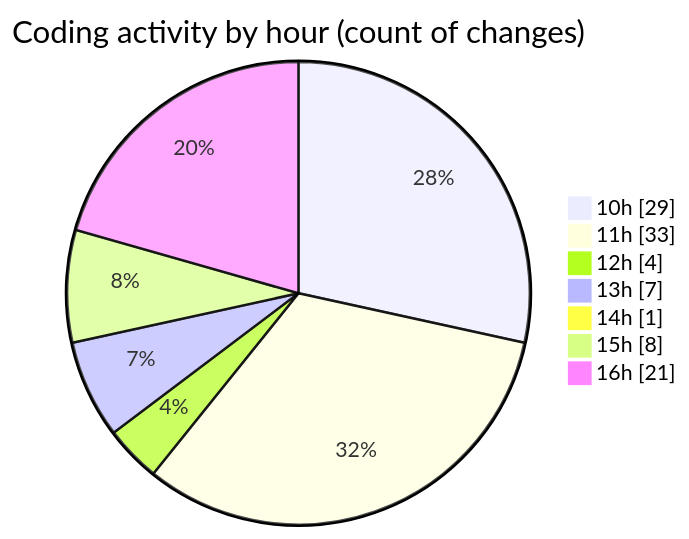
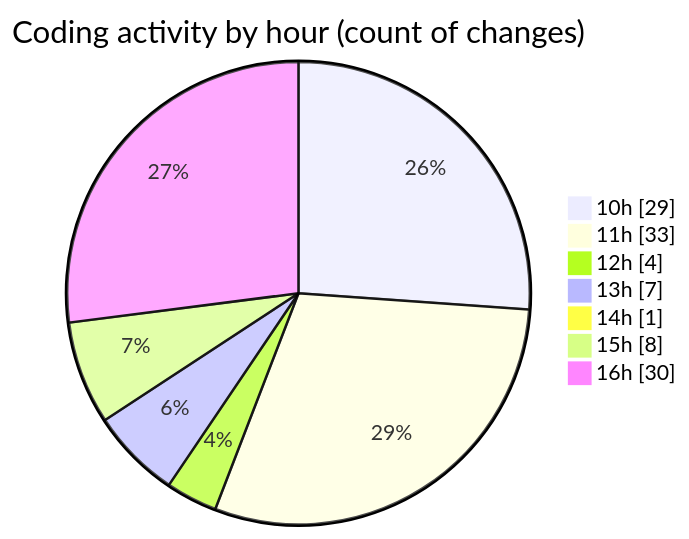
One commit to momahboobian/code-tracking changed the second of 2 diagrams in 2025-06-05/cda/README.md. Above: the diagram before and after it, drawn with Mermaid. The commit also changed other lines of this file and 1 other file, not shown here.

````diff
--- a/2025-06-05/cda/README.md
+++ b/2025-06-05/cda/README.md
@@ -64,11 +64,11 @@
 ```mermaid
 pie showData
 title Coding activity by hour (count of changes)
 "10h" : 29
 "11h" : 33
 "12h" : 4
 "13h" : 7
 "14h" : 1
 "15h" : 8
-"16h" : 21
+"16h" : 30
 ```
````
